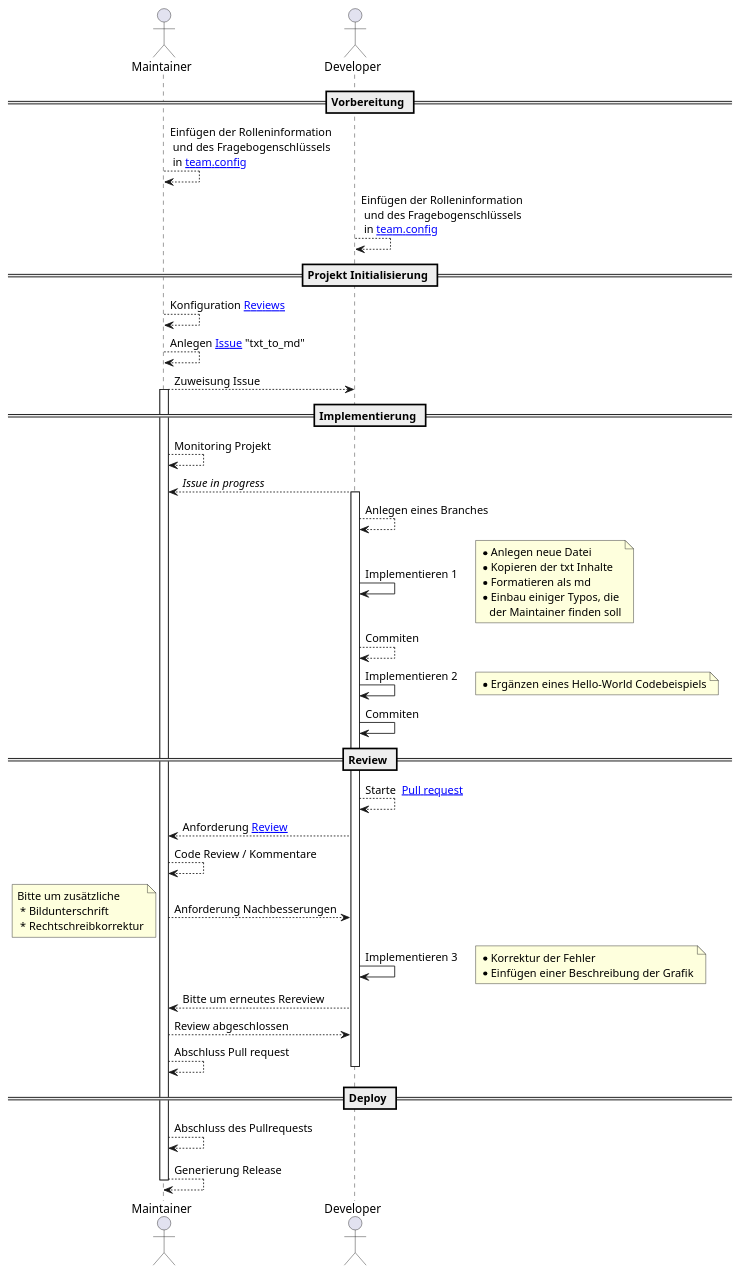
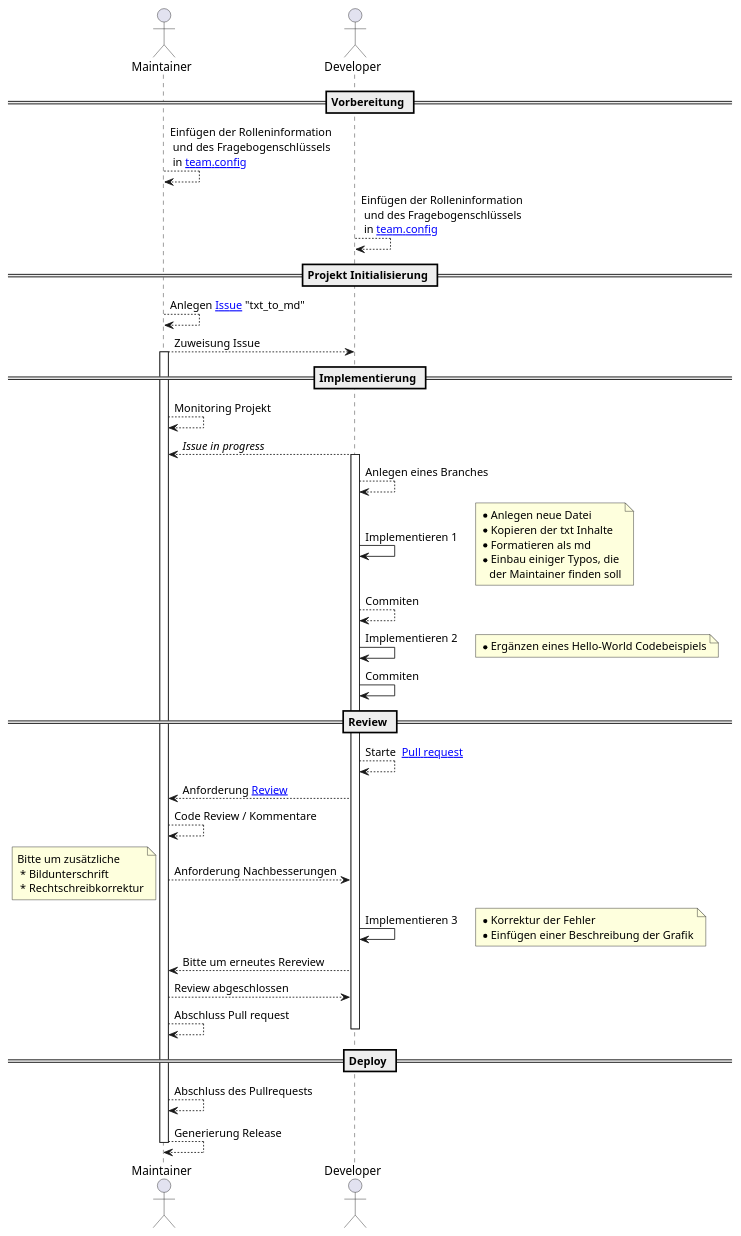
Before and after one commit to ComputerScienceLecturesTUBAF/SoftwareentwicklungSoSe2023_Aufgabe_03: the diagram in .content/sequenceDiagram_0.plantUML, drawn with PlantUML.

```diff
--- a/.content/sequenceDiagram_0.plantUML
+++ b/.content/sequenceDiagram_0.plantUML
@@ -1,54 +1,53 @@
 @startuml
 actor Maintainer
 actor Developer
 == Vorbereitung ==
 Maintainer --> Maintainer: Einfügen der Rolleninformation\n und des Fragebogenschlüssels\n in [[https://github.com/ComputerScienceLecturesTUBAF/SoftwareentwicklungSoSe2021_Aufgabe_04/blob/main/team.config{Link zur Datei} team.config]]
 Developer --> Developer: Einfügen der Rolleninformation\n und des Fragebogenschlüssels\n in [[https://github.com/ComputerScienceLecturesTUBAF/SoftwareentwicklungSoSe2021_Aufgabe_04/blob/main/team.config{Link zur Datei} team.config]]
 == Projekt Initialisierung ==
-Maintainer --> Maintainer: Konfiguration [[https://docs.github.com/en/organizations/organizing-members-into-teams/managing-code-review-assignment-for-your-team{Review Konfiguration} Reviews]]
 Maintainer --> Maintainer: Anlegen [[https://guides.github.com/features/issues/{Mastering Issues} Issue]] "txt_to_md"
 Maintainer --> Developer:  Zuweisung Issue
 == Implementierung ==
 activate Maintainer
 Maintainer --> Maintainer:  Monitoring Projekt
 Developer --> Maintainer:  //Issue in progress//
 activate Developer
 Developer --> Developer:  Anlegen eines Branches
 Developer -> Developer:  Implementieren 1
 note right
  * Anlegen neue Datei
  * Kopieren der txt Inhalte
  * Formatieren als md
  * Einbau einiger Typos, die
     der Maintainer finden soll
 end note
 Developer --> Developer:  Commiten
 Developer -> Developer:  Implementieren 2
 note right
  * Ergänzen eines Hello-World Codebeispiels 
 end note
 Developer -> Developer:  Commiten
 == Review ==
 Developer --> Developer:   Starte  [[https://docs.github.com/en/github/collaborating-with-issues-and-pull-requests/creating-a-pull-request {Guideline Pull request} Pull request]]
 Developer --> Maintainer : Anforderung [[https://docs.github.com/en/github/collaborating-with-issues-and-pull-requests/about-pull-request-reviews#re-requesting-a-review {Guideline Reviews on Github} Review]]
 Maintainer --> Maintainer:  Code Review / Kommentare
 Maintainer --> Developer :  Anforderung Nachbesserungen
 note left
 Bitte um zusätzliche
  * Bildunterschrift
  * Rechtschreibkorrektur
 end note
 Developer -> Developer:  Implementieren 3
 note right
  * Korrektur der Fehler
  * Einfügen einer Beschreibung der Grafik
 end note
 Developer --> Maintainer :  Bitte um erneutes Rereview
 Maintainer --> Developer :  Review abgeschlossen
 Maintainer --> Maintainer:  Abschluss Pull request
 deactivate Developer
 == Deploy ==
 Maintainer --> Maintainer:  Abschluss des Pullrequests
 Maintainer --> Maintainer:  Generierung Release
 deactivate Maintainer
 @enduml
```
